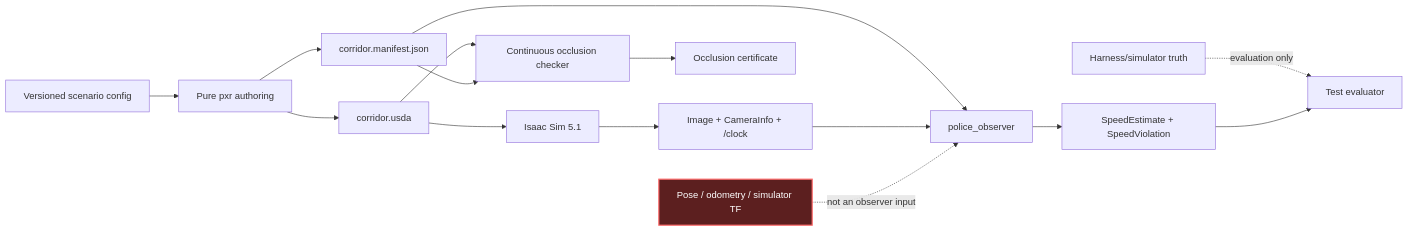
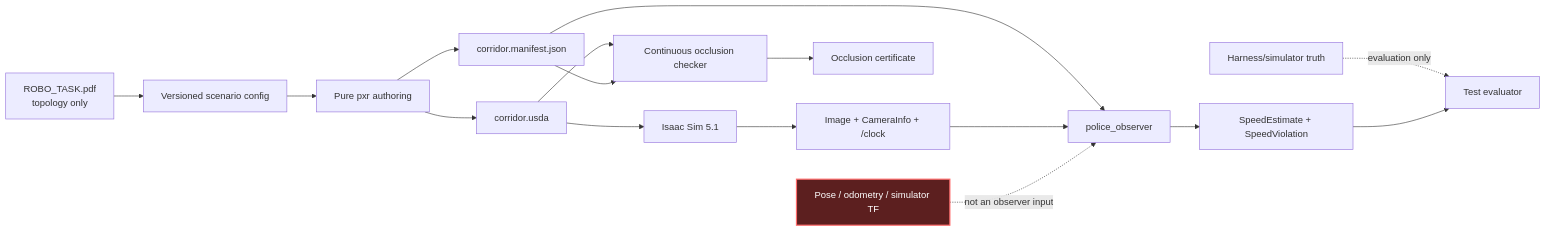
Before and after one commit to alexandergmzx/corridor-twin: the second of 2 diagrams in docs/README.md, drawn with Mermaid. The commit also changed other lines of this file and 6 other files, not shown here.

````diff
--- a/docs/README.md
+++ b/docs/README.md
@@ -58,24 +62,25 @@
 ```mermaid
 flowchart LR
+    Task["ROBO_TASK.pdf<br/>topology only"] --> Config
     Config["Versioned scenario config"] --> Author["Pure pxr authoring"]
     Author --> USD["corridor.usda"]
     Author --> Manifest["corridor.manifest.json"]
 
     USD --> Isaac["Isaac Sim 5.1"]
     Isaac --> Feed["Image + CameraInfo + /clock"]
     Manifest --> Observer["police_observer"]
     Feed --> Observer
     Observer --> Result["SpeedEstimate + SpeedViolation"]
 
     USD --> Occlusion["Continuous occlusion checker"]
     Manifest --> Occlusion
     Occlusion --> Certificate["Occlusion certificate"]
 
     Truth["Harness/simulator truth"] -. "evaluation only" .-> Evaluator["Test evaluator"]
     Result --> Evaluator
 
     Forbidden["Pose / odometry / simulator TF"]:::blocked
     Forbidden -. "not an observer input" .-> Observer
 
     classDef blocked fill:#5c1f1f,color:#ffffff,stroke:#ff6b6b,stroke-width:2px;
 ```
````
